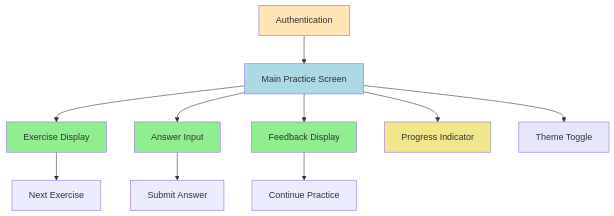
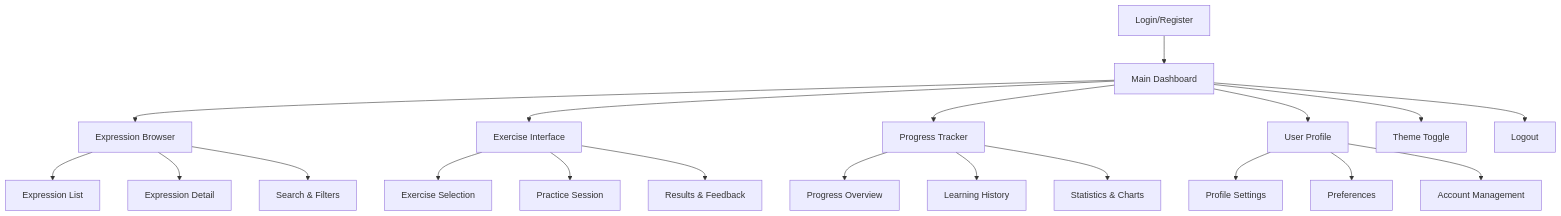
The first of 4 diagrams in docs/front-end-spec.md (santistebanc/phraser), drawn with Mermaid before and after one commit. The commit also changed other lines of this file and 9 other files, not shown here.

````diff
--- a/docs/front-end-spec.md
+++ b/docs/front-end-spec.md
@@ -54,21 +43,27 @@
 ```mermaid
 graph TD
-    A[Authentication] --> B[Main Practice Screen]
-    B --> C[Exercise Display]
-    B --> D[Answer Input]
-    B --> E[Feedback Display]
-    B --> F[Progress Indicator]
+    A[Login/Register] --> B[Main Dashboard]
+    B --> C[Expression Browser]
+    B --> D[Exercise Interface]
+    B --> E[Progress Tracker]
+    B --> F[User Profile]
+
+    C --> C1[Expression List]
+    C --> C2[Expression Detail]
+    C --> C3[Search & Filters]
+
+    D --> D1[Exercise Selection]
+    D --> D2[Practice Session]
+    D --> D3[Results & Feedback]
+
+    E --> E1[Progress Overview]
+    E --> E2[Learning History]
+    E --> E3[Statistics & Charts]
+
+    F --> F1[Profile Settings]
+    F --> F2[Preferences]
+    F --> F3[Account Management]
+
     B --> G[Theme Toggle]
-    
-    C --> H[Next Exercise]
-    D --> I[Submit Answer]
-    E --> J[Continue Practice]
-    
-    style A fill:#FFE4B5
-    style B fill:#ADD8E6
-    style C fill:#90EE90
-    style D fill:#90EE90
-    style E fill:#90EE90
-    style F fill:#F0E68C
-    style G fill:#E6E6FA
+    B --> H[Logout]
 ```
````
